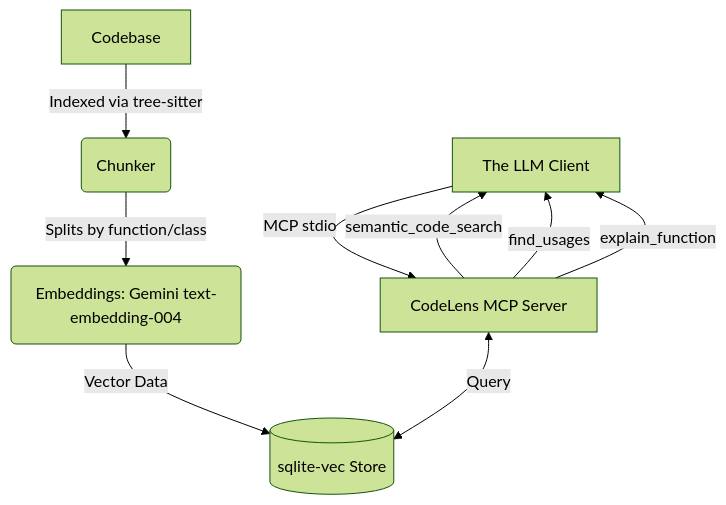
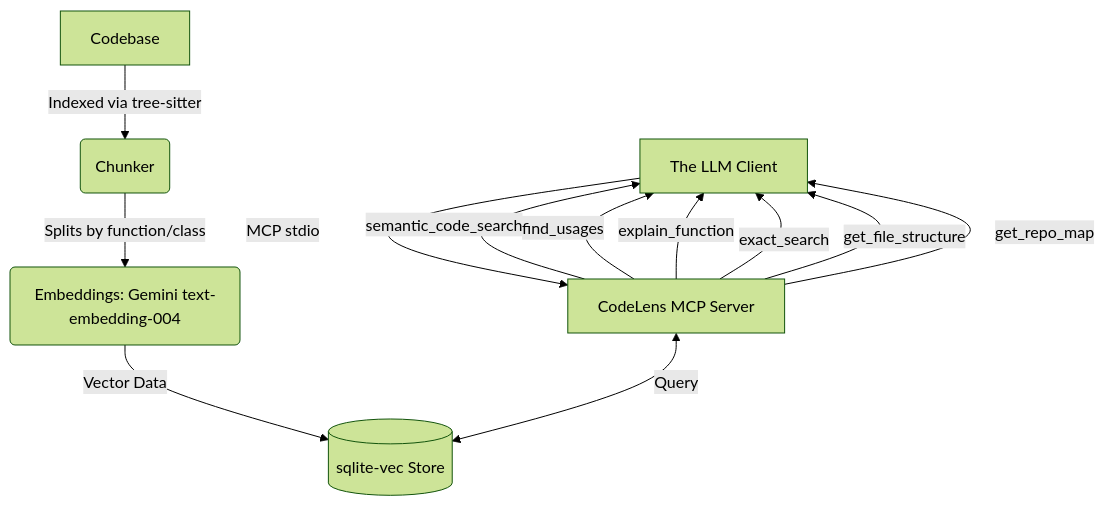
The diagram in README.md (devprashant19/CodeLens_MCP), drawn with Mermaid (forest theme) before and after one commit. The commit also changed other lines of this file, not shown here.

````diff
--- a/README.md
+++ b/README.md
@@ -7,11 +7,14 @@
 ```mermaid
 graph TD
     A[Codebase] -->|Indexed via tree-sitter| B(Chunker)
     B -->|Splits by function/class| C(Embeddings: Gemini text-embedding-004)
     C -->|Vector Data| D[(sqlite-vec Store)]
     E[The LLM Client] -->|MCP stdio| F[CodeLens MCP Server]
     F <-->|Query| D
     F -->|semantic_code_search| E
     F -->|find_usages| E
     F -->|explain_function| E
+    F -->|exact_search| E
+    F -->|get_file_structure| E
+    F -->|get_repo_map| E
 ```
````
